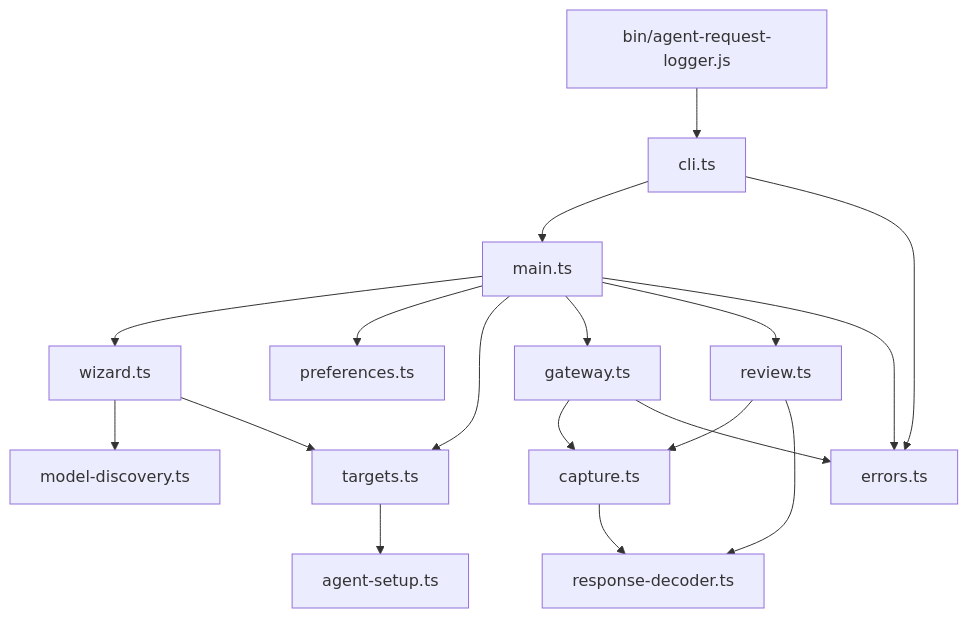
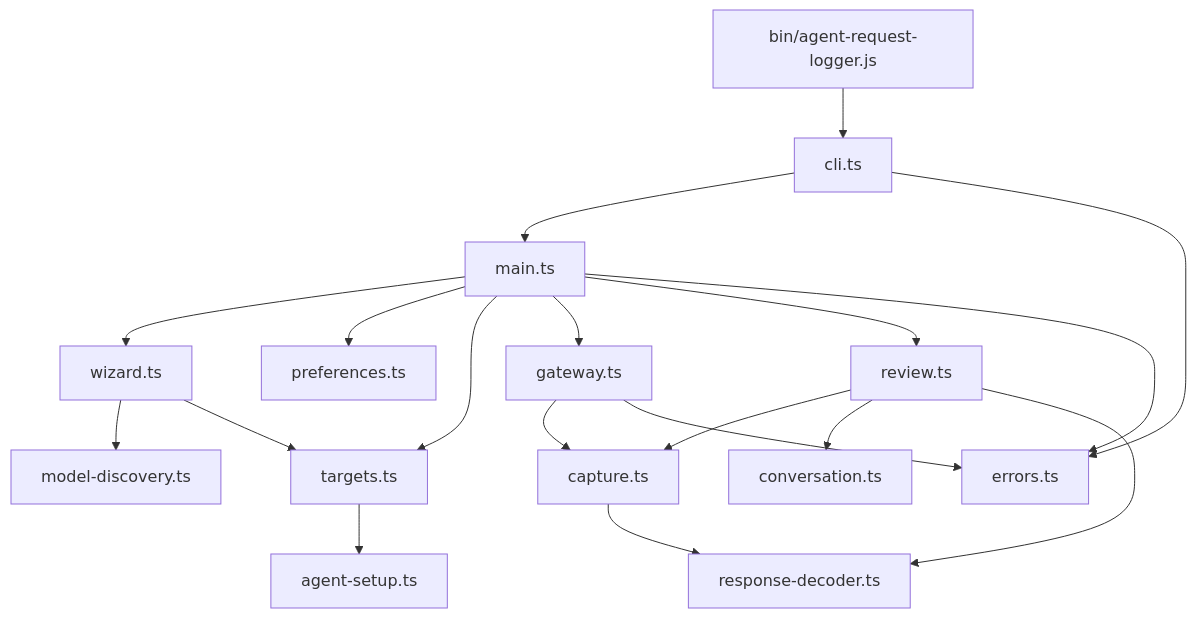
One commit to chepetime/agent-request-logger changed the diagram in docs/architecture.md. Above: the diagram before and after it, drawn with Mermaid. The commit also changed other lines of this file and 11 other files, not shown here.

````diff
--- a/docs/architecture.md
+++ b/docs/architecture.md
@@ -9,20 +9,21 @@
 ```mermaid
 flowchart TD
   bin[bin/agent-request-logger.js] --> cli[cli.ts]
   cli --> main[main.ts]
   main --> wizard[wizard.ts]
   main --> prefs[preferences.ts]
   main --> targets[targets.ts]
   main --> gateway[gateway.ts]
   wizard --> discovery[model-discovery.ts]
   wizard --> targets
   targets --> setup[agent-setup.ts]
   main --> review[review.ts]
   review --> capture
+  review --> conversation[conversation.ts]
   review --> decoder
   gateway --> capture[capture.ts]
   capture --> decoder[response-decoder.ts]
   cli --> errors[errors.ts]
   main --> errors
   gateway --> errors
 ```
````
